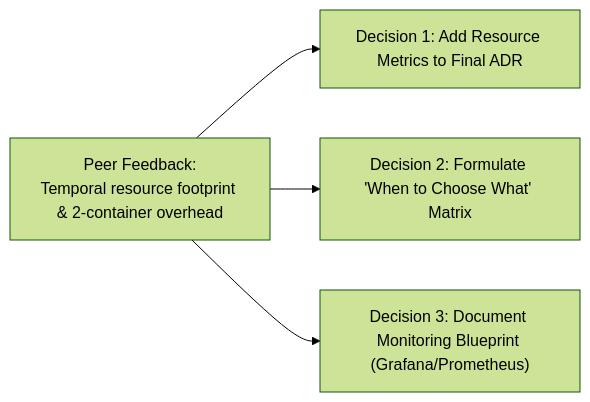
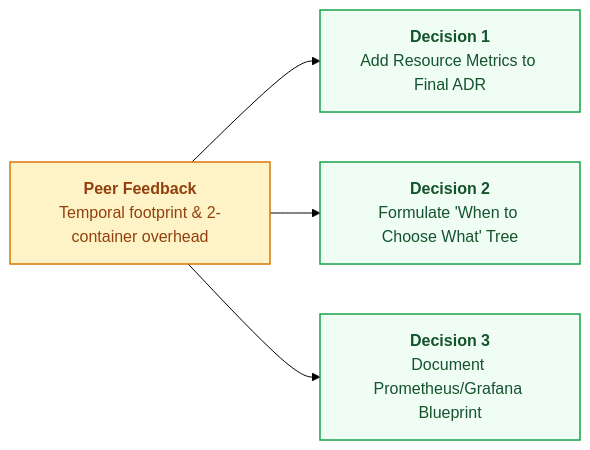
Before and after one commit to eucaliptuskoala/layover: the second of 2 diagrams in docs/evidences/lo5/peer-knowledge-sharing/lo5-peer-feedback-and-reflection.md, drawn with Mermaid (forest theme). The commit also changed other lines of this file and 27 other files, not shown here.

````diff
--- a/docs/evidences/lo5/peer-knowledge-sharing/lo5-peer-feedback-and-reflection.md
+++ b/docs/evidences/lo5/peer-knowledge-sharing/lo5-peer-feedback-and-reflection.md
@@ -114,6 +108,12 @@
 ```mermaid
 flowchart LR
-    Feedback["Peer Feedback:<br/>Temporal resource footprint & 2-container overhead"] --> Decision1["Decision 1: Add Resource Metrics to Final ADR"]
-    Feedback --> Decision2["Decision 2: Formulate 'When to Choose What' Matrix"]
-    Feedback --> Decision3["Decision 3: Document Monitoring Blueprint (Grafana/Prometheus)"]
+    Feedback["<b>Peer Feedback</b><br/>Temporal footprint & 2-container overhead"] --> Decision1["<b>Decision 1</b><br/>Add Resource Metrics to Final ADR"]
+    Feedback --> Decision2["<b>Decision 2</b><br/>Formulate 'When to Choose What' Tree"]
+    Feedback --> Decision3["<b>Decision 3</b><br/>Document Prometheus/Grafana Blueprint"]
+
+    classDef fbNode fill:#fef3c7,stroke:#d97706,stroke-width:1.5px,color:#92400e;
+    classDef decNode fill:#f0fdf4,stroke:#16a34a,stroke-width:1.5px,color:#14532d;
+
+    class Feedback fbNode;
+    class Decision1,Decision2,Decision3 decNode;
 ```
````
